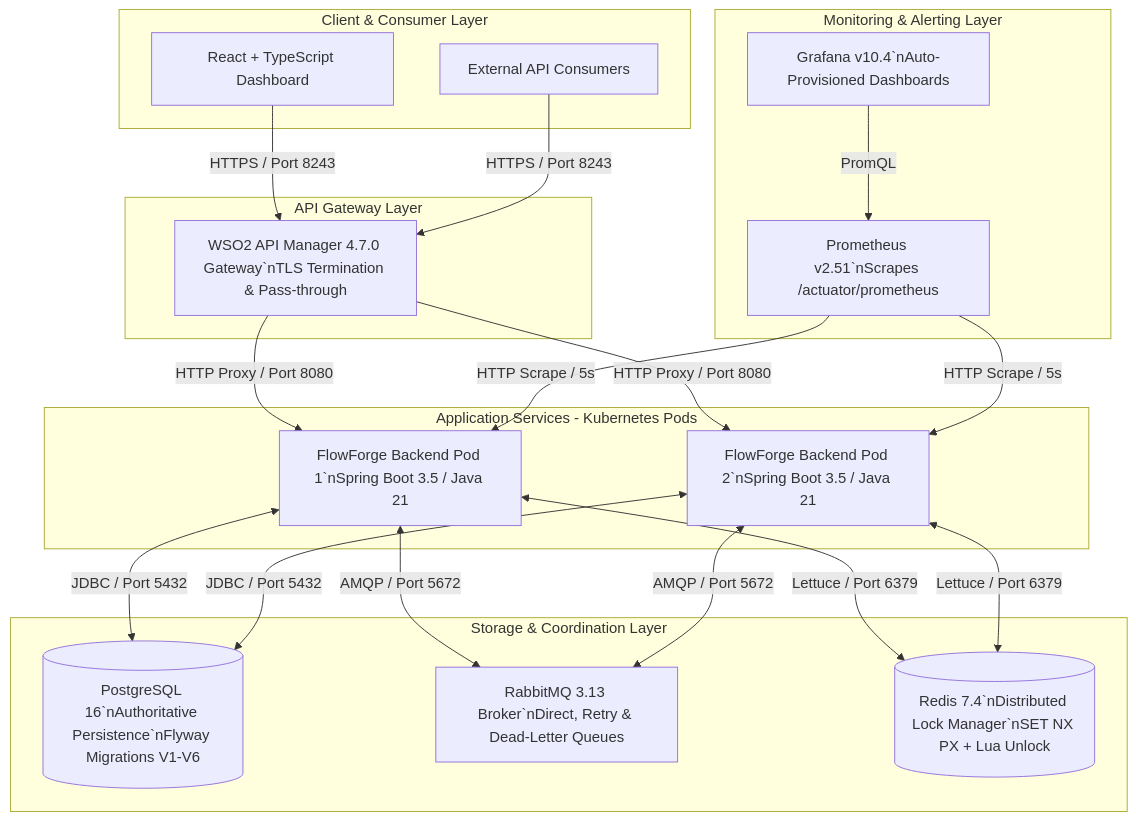
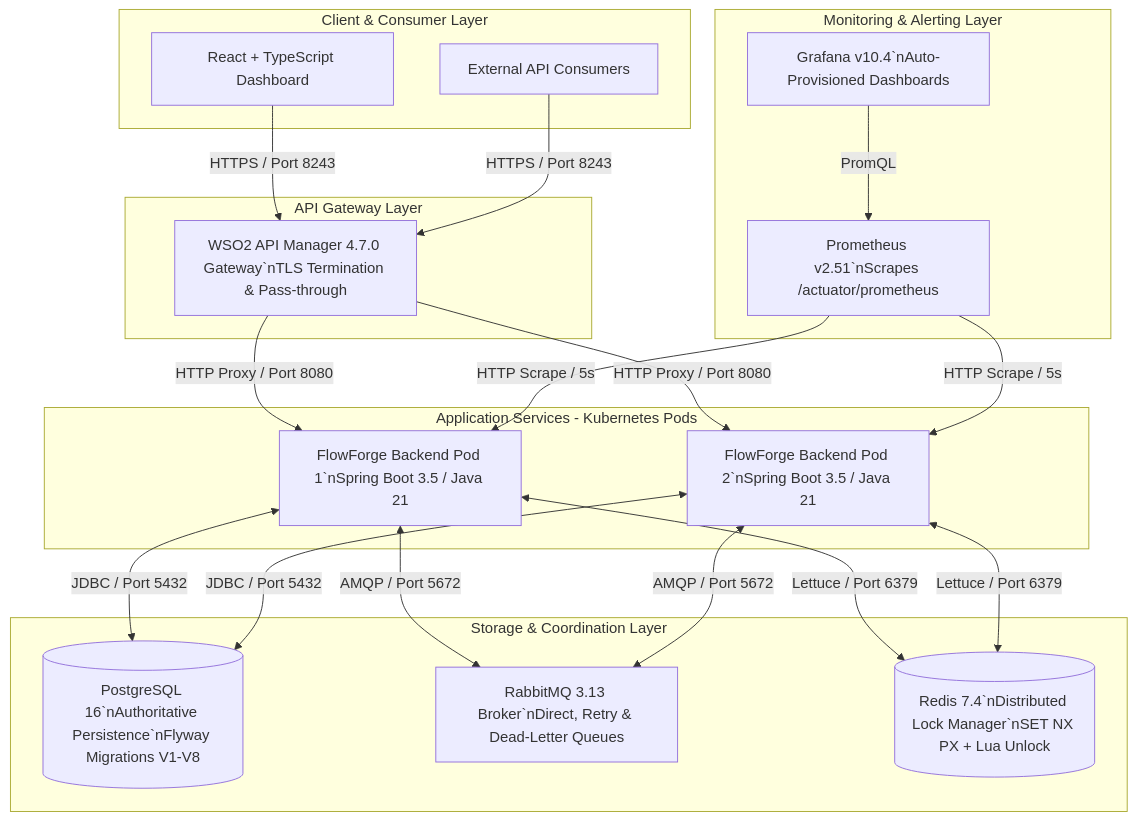
Before and after one commit to Sajini3655/Flowforge: the first of 4 diagrams in docs/architecture/system-architecture.md, drawn with Mermaid. The commit also changed 2 other files, not shown here.

Commit message:
chore: final repository cleanup and documentation polish

````diff
--- a/docs/architecture/system-architecture.md
+++ b/docs/architecture/system-architecture.md
@@ -9,45 +9,45 @@
 ```mermaid
 graph TB
     subgraph ClientLayer [Client & Consumer Layer]
         SPA[React + TypeScript Dashboard]
         API_CLIENT[External API Consumers]
     end
 
     subgraph GatewayLayer [API Gateway Layer]
         WSO2[WSO2 API Manager 4.7.0 Gateway`nTLS Termination & Pass-through]
     end
 
     subgraph ServiceLayer [Application Services - Kubernetes Pods]
         BACKEND1[FlowForge Backend Pod 1`nSpring Boot 3.5 / Java 21]
         BACKEND2[FlowForge Backend Pod 2`nSpring Boot 3.5 / Java 21]
     end
 
     subgraph DataLayer [Storage & Coordination Layer]
-        PG[(PostgreSQL 16`nAuthoritative Persistence`nFlyway Migrations V1-V6)]
+        PG[(PostgreSQL 16`nAuthoritative Persistence`nFlyway Migrations V1-V8)]
         RABBIT[RabbitMQ 3.13 Broker`nDirect, Retry & Dead-Letter Queues]
         REDIS[(Redis 7.4`nDistributed Lock Manager`nSET NX PX + Lua Unlock)]
     end
 
     subgraph ObservabilityLayer [Monitoring & Alerting Layer]
         PROM[Prometheus v2.51`nScrapes /actuator/prometheus]
         GRAFANA[Grafana v10.4`nAuto-Provisioned Dashboards]
     end
 
     SPA -->|HTTPS / Port 8243| WSO2
     API_CLIENT -->|HTTPS / Port 8243| WSO2
     WSO2 -->|HTTP Proxy / Port 8080| BACKEND1
     WSO2 -->|HTTP Proxy / Port 8080| BACKEND2
 
     BACKEND1 <-->|JDBC / Port 5432| PG
     BACKEND2 <-->|JDBC / Port 5432| PG
 
     BACKEND1 <-->|AMQP / Port 5672| RABBIT
     BACKEND2 <-->|AMQP / Port 5672| RABBIT
 
     BACKEND1 <-->|Lettuce / Port 6379| REDIS
     BACKEND2 <-->|Lettuce / Port 6379| REDIS
 
     PROM -->|HTTP Scrape / 5s| BACKEND1
     PROM -->|HTTP Scrape / 5s| BACKEND2
     GRAFANA -->|PromQL| PROM
 ```
````
